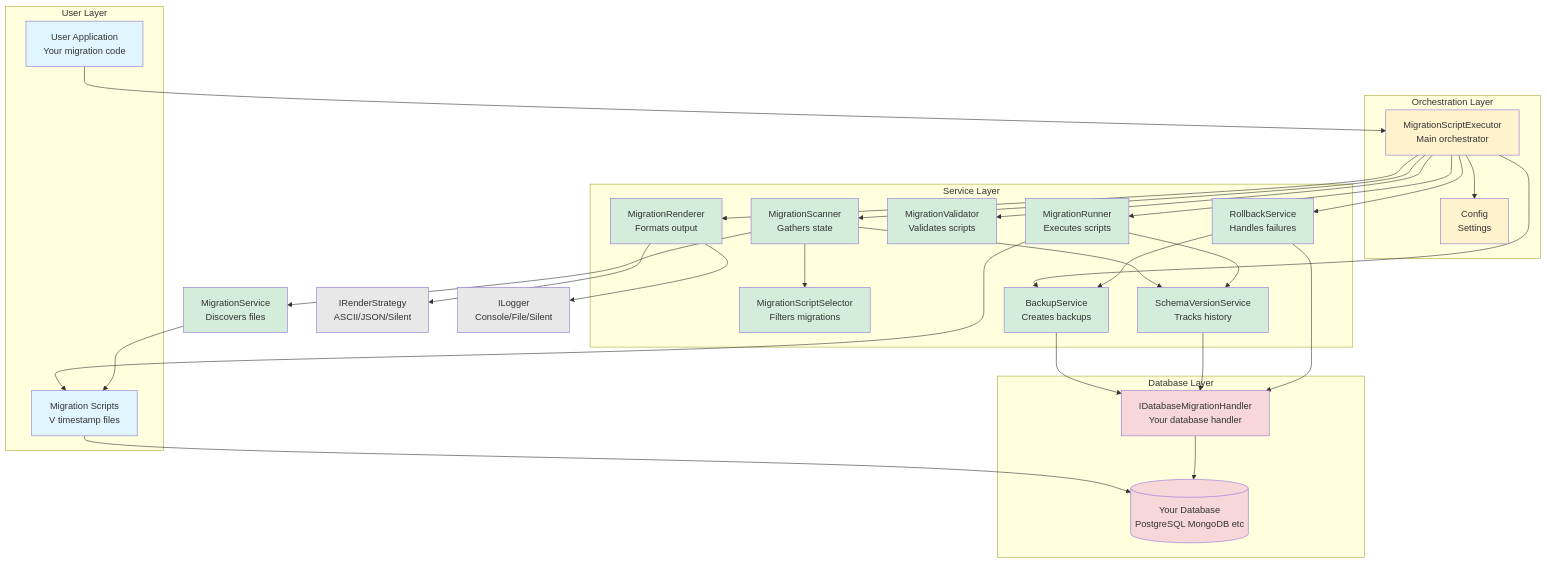
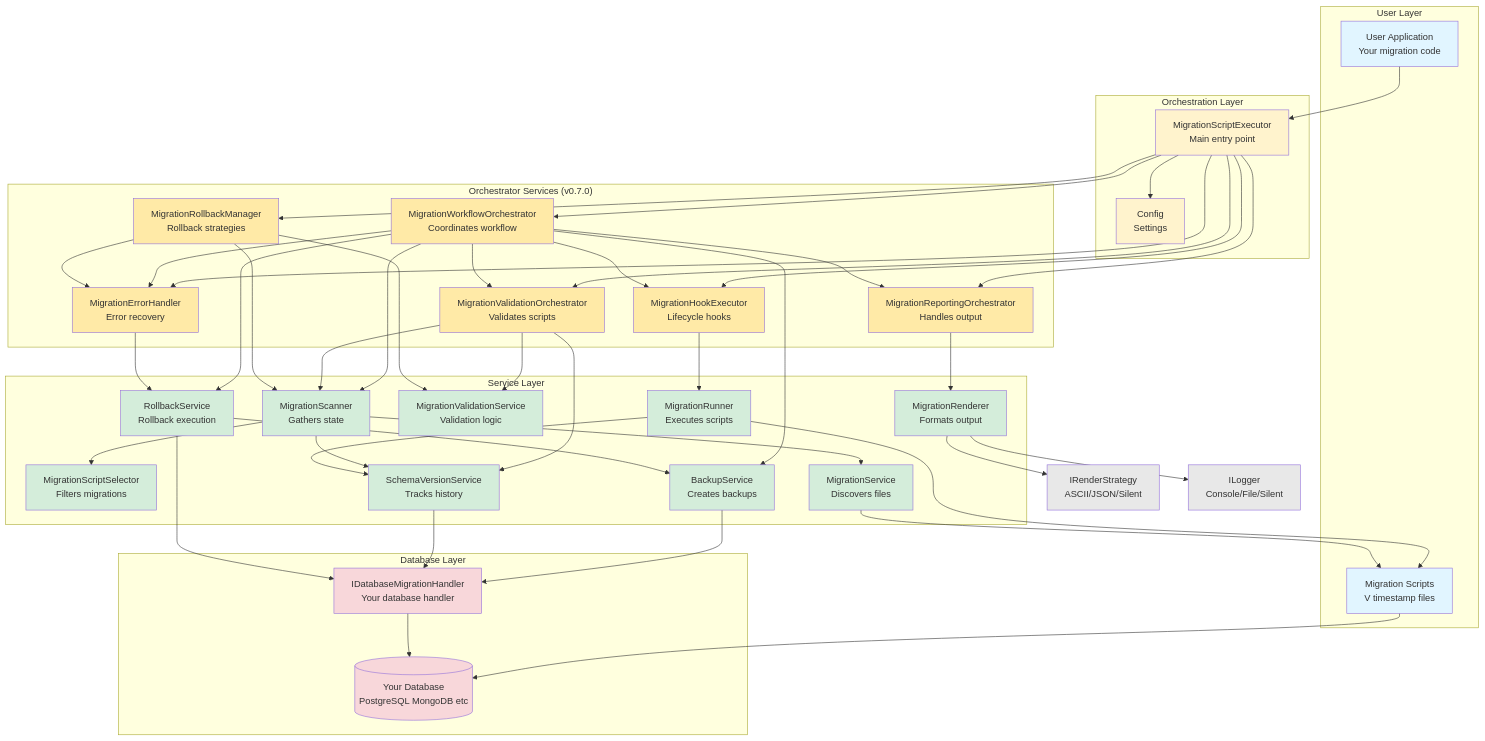
Before and after one commit to vlavrynovych/msr: the diagram in docs/development/architecture/components.md, drawn with Mermaid. The commit also changed other lines of this file and 26 other files, not shown here.

First line of the commit message:
#97: Refactor MigrationScriptExecutor using Orchestrator Pattern

```diff
--- a/docs/development/architecture/components.md
+++ b/docs/development/architecture/components.md
@@ -31,19 +31,29 @@
     end
 
     subgraph "Orchestration Layer"
-        Executor[MigrationScriptExecutor<br/>Main orchestrator]
+        Executor[MigrationScriptExecutor<br/>Main entry point]
         Config[Config<br/>Settings]
+    end
+
+    subgraph "Orchestrator Services (v0.7.0)"
+        WorkflowOrch[MigrationWorkflowOrchestrator<br/>Coordinates workflow]
+        ValidationOrch[MigrationValidationOrchestrator<br/>Validates scripts]
+        ReportingOrch[MigrationReportingOrchestrator<br/>Handles output]
+        ErrorHandler[MigrationErrorHandler<br/>Error recovery]
+        HookExecutor[MigrationHookExecutor<br/>Lifecycle hooks]
+        RollbackManager[MigrationRollbackManager<br/>Rollback strategies]
     end
 
     subgraph "Service Layer"
         Scanner[MigrationScanner<br/>Gathers state]
         Selector[MigrationScriptSelector<br/>Filters migrations]
         Runner[MigrationRunner<br/>Executes scripts]
-        Validator[MigrationValidator<br/>Validates scripts]
+        ValidationService[MigrationValidationService<br/>Validation logic]
         Backup[BackupService<br/>Creates backups]
         Schema[SchemaVersionService<br/>Tracks history]
-        Rollback[RollbackService<br/>Handles failures]
+        Rollback[RollbackService<br/>Rollback execution]
         Renderer[MigrationRenderer<br/>Formats output]
+        MigrationService[MigrationService<br/>Discovers files]
     end
 
     subgraph "Database Layer"
@@ -53,17 +63,39 @@
 
     App --> Executor
     Executor --> Config
-    Executor --> Scanner
-    Executor --> Validator
-    Executor --> Backup
-    Executor --> Rollback
-    Executor --> Renderer
+    Executor --> WorkflowOrch
+    Executor --> ValidationOrch
+    Executor --> ReportingOrch
+    Executor --> ErrorHandler
+    Executor --> HookExecutor
+    Executor --> RollbackManager
+
+    WorkflowOrch --> Scanner
+    WorkflowOrch --> ValidationOrch
+    WorkflowOrch --> ReportingOrch
+    WorkflowOrch --> HookExecutor
+    WorkflowOrch --> ErrorHandler
+    WorkflowOrch --> Backup
+    WorkflowOrch --> Rollback
+
+    ValidationOrch --> ValidationService
+    ValidationOrch --> Scanner
+    ValidationOrch --> Schema
+
+    ReportingOrch --> Renderer
+
+    HookExecutor --> Runner
+
+    RollbackManager --> Scanner
+    RollbackManager --> ValidationService
+    RollbackManager --> ErrorHandler
+
+    ErrorHandler --> Rollback
 
     Scanner --> Selector
     Scanner --> Schema
-    Scanner --> MigrationService[MigrationService<br/>Discovers files]
+    Scanner --> MigrationService
 
-    Executor --> Runner
     Runner --> Scripts
     Runner --> Schema
 
@@ -83,10 +115,16 @@
     style Scripts fill:#e1f5ff
     style Executor fill:#fff3cd
     style Config fill:#fff3cd
+    style WorkflowOrch fill:#ffeaa7
+    style ValidationOrch fill:#ffeaa7
+    style ReportingOrch fill:#ffeaa7
+    style ErrorHandler fill:#ffeaa7
+    style HookExecutor fill:#ffeaa7
+    style RollbackManager fill:#ffeaa7
     style Scanner fill:#d4edda
     style Selector fill:#d4edda
     style Runner fill:#d4edda
-    style Validator fill:#d4edda
+    style ValidationService fill:#d4edda
     style Backup fill:#d4edda
     style Schema fill:#d4edda
     style Rollback fill:#d4edda
```
